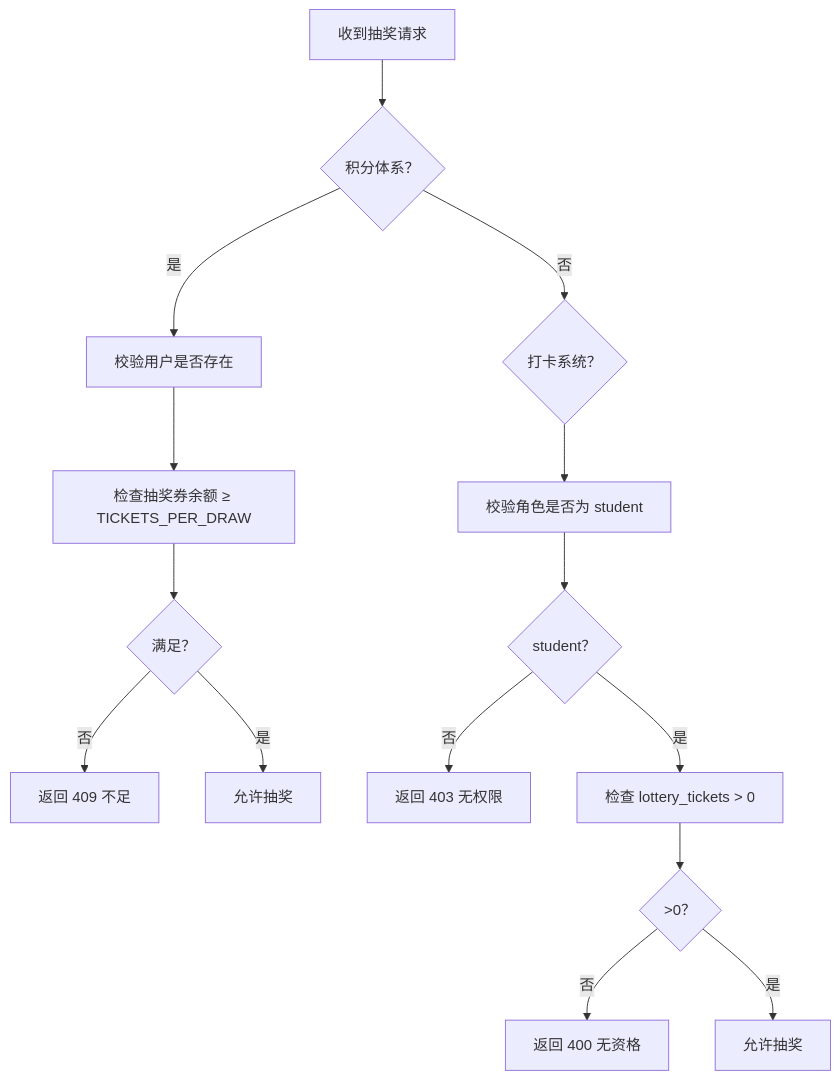
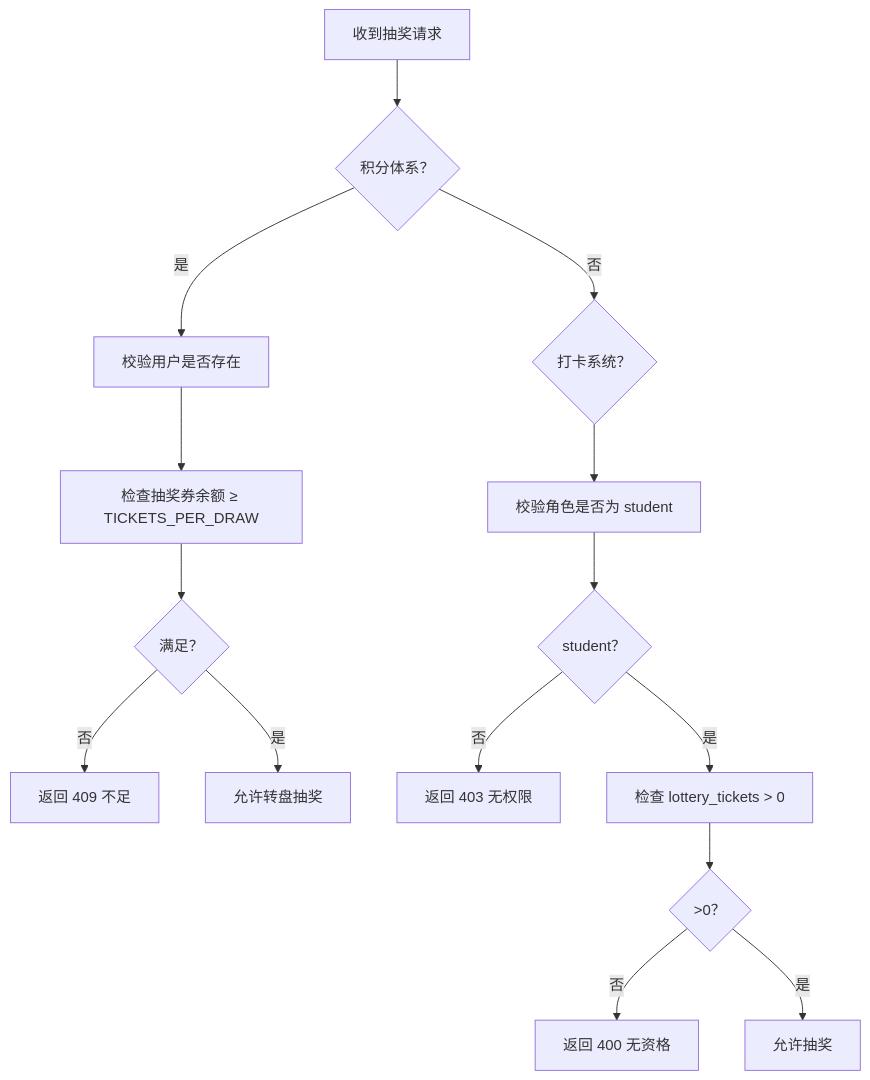
Before and after one commit to onebody/homework: the sixth of 7 diagrams in .qoder/repowiki/zh/content/积分兑换系统/核心功能模块/抽奖系统.md, drawn with Mermaid. The commit also changed other lines of this file and 3 other files, not shown here.

````diff
--- a/.qoder/repowiki/zh/content/积分兑换系统/核心功能模块/抽奖系统.md
+++ b/.qoder/repowiki/zh/content/积分兑换系统/核心功能模块/抽奖系统.md
@@ -257,17 +322,17 @@
 ```mermaid
 flowchart TD
 A["收到抽奖请求"] --> B{"积分体系？"}
 B --> |是| C["校验用户是否存在"]
 C --> D["检查抽奖券余额 ≥ TICKETS_PER_DRAW"]
 D --> E{"满足？"}
 E --> |否| F["返回 409 不足"]
-E --> |是| G["允许抽奖"]
+E --> |是| G["允许转盘抽奖"]
 B --> |否| H{"打卡系统？"}
 H --> I["校验角色是否为 student"]
 I --> J{"student？"}
 J --> |否| K["返回 403 无权限"]
 J --> |是| L["检查 lottery_tickets > 0"]
 L --> M{">0？"}
 M --> |否| N["返回 400 无资格"]
 M --> |是| O["允许抽奖"]
 ```
````
